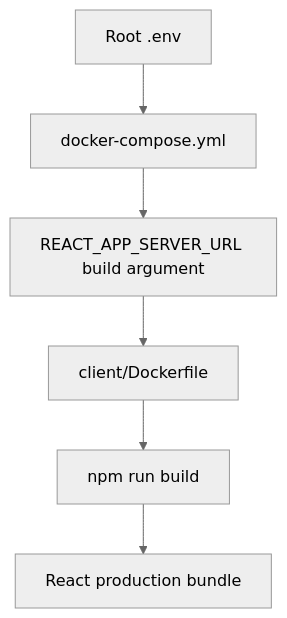
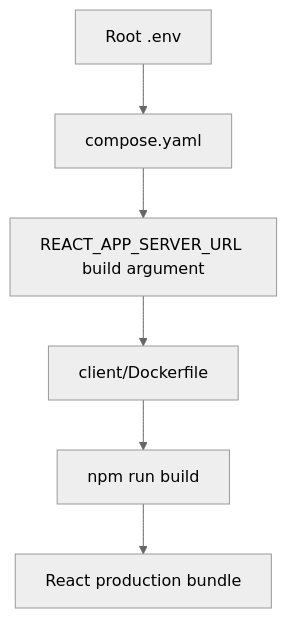
Before and after one commit to Gearsik/madiao: the sixth of 10 diagrams in docs/runbook/build-problems.md, drawn with Mermaid (neutral theme). The commit also changed other lines of this file and 24 other files, not shown here.

````diff
--- a/docs/runbook/build-problems.md
+++ b/docs/runbook/build-problems.md
@@ -1020,11 +1020,11 @@
 ```mermaid
 flowchart TD
     Env["Root .env"]
-    Compose["docker-compose.yml"]
+    Compose["compose.yaml"]
     Arg["REACT_APP_SERVER_URL build argument"]
     Dockerfile["client/Dockerfile"]
     Build["npm run build"]
     Bundle["React production bundle"]
 
     Env --> Compose --> Arg --> Dockerfile --> Build --> Bundle
 ```
````
